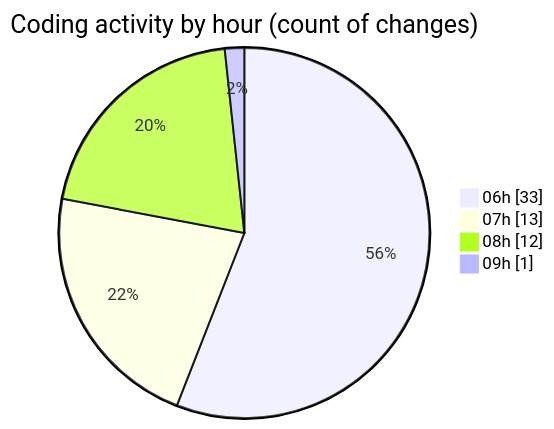
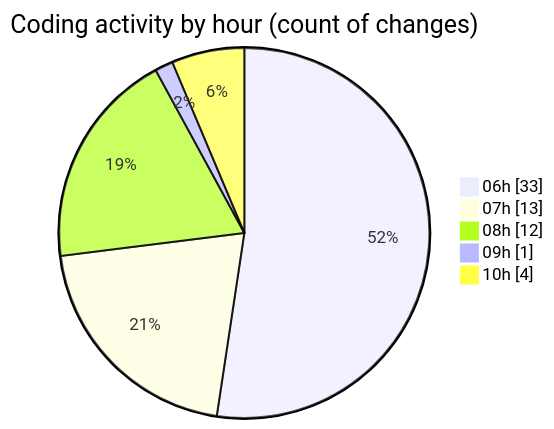
One commit to charlie-sans/code-tracking changed the second of 2 diagrams in 2025-02-21/micros/README.md. Above: the diagram before and after it, drawn with Mermaid. The commit also changed other lines of this file and 1 other file, not shown here.

````diff
--- a/2025-02-21/micros/README.md
+++ b/2025-02-21/micros/README.md
@@ -64,8 +67,9 @@
 ```mermaid
 pie showData
 title Coding activity by hour (count of changes)
 "06h" : 33
 "07h" : 13
 "08h" : 12
 "09h" : 1
+"10h" : 4
 ```
````
